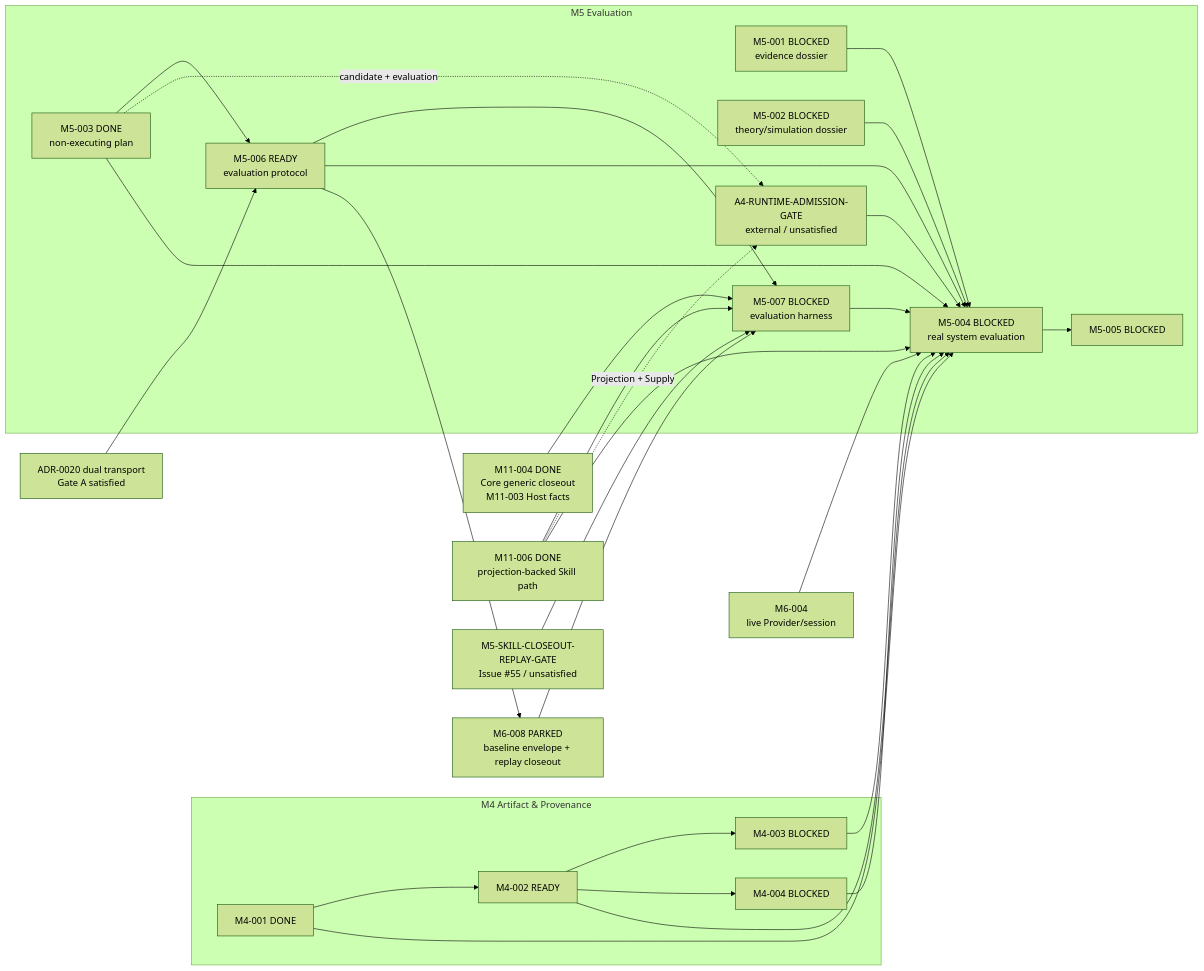
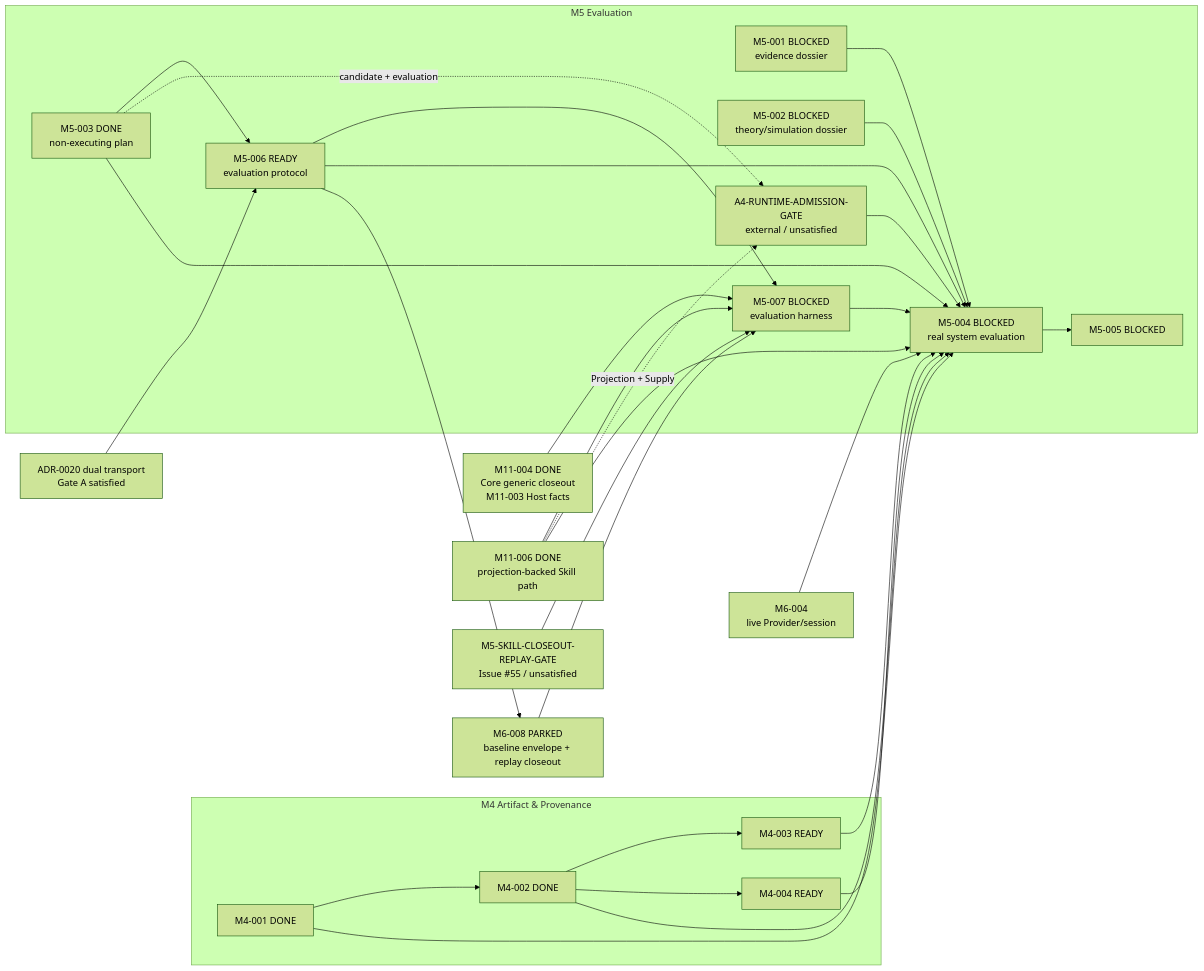
The third of 5 diagrams in docs/M_SERIES_IMPLEMENTATION_MAP.md (Chengyue-Lu/research-agent-workbench), drawn with Mermaid (forest theme) before and after one commit. The commit also changed other lines of this file and 19 other files, not shown here.

````diff
--- a/docs/M_SERIES_IMPLEMENTATION_MAP.md
+++ b/docs/M_SERIES_IMPLEMENTATION_MAP.md
@@ -92,35 +92,35 @@
 ```mermaid
 flowchart LR
     subgraph M4["M4 Artifact & Provenance"]
-        M4001["M4-001 DONE"] --> M4002["M4-002 READY"]
-        M4002 --> M4003["M4-003 BLOCKED"]
-        M4002 --> M4004["M4-004 BLOCKED"]
+        M4001["M4-001 DONE"] --> M4002["M4-002 DONE"]
+        M4002 --> M4003["M4-003 READY"]
+        M4002 --> M4004["M4-004 READY"]
     end
 
     subgraph M5["M5 Evaluation"]
         M5001["M5-001 BLOCKED<br/>evidence dossier"] --> M5004["M5-004 BLOCKED<br/>real system evaluation"]
         M5002["M5-002 BLOCKED<br/>theory/simulation dossier"] --> M5004
         M5003["M5-003 DONE<br/>non-executing plan"] --> M5006["M5-006 READY<br/>evaluation protocol"]
         M5006 --> M5007["M5-007 BLOCKED<br/>evaluation harness"]
         M5003 -. "candidate + evaluation" .-> A4G["A4-RUNTIME-ADMISSION-GATE<br/>external / unsatisfied"]
         A4G --> M5004
         M5003 --> M5004
         M5006 --> M5004
         M5007 --> M5004
         M5004 --> M5005["M5-005 BLOCKED"]
     end
 
     M4001 --> M5004
     M4002 --> M5004
     M4003 --> M5004
     M4004 --> M5004
     BTG["ADR-0020 dual transport<br/>Gate A satisfied"] --> M5006
     M5006 --> M6008["M6-008 PARKED<br/>baseline envelope + replay closeout"]
     M6008 --> M5007
     M1104["M11-004 DONE<br/>Core generic closeout<br/>M11-003 Host facts"] --> M5007
     M1106["M11-006 DONE<br/>projection-backed Skill path"] --> M5007
     SCG["M5-SKILL-CLOSEOUT-REPLAY-GATE<br/>Issue #55 / unsatisfied"] --> M5007
     M1106 -. "Projection + Supply" .-> A4G
     M1106 --> M5004
     M6004["M6-004<br/>live Provider/session"] --> M5004
 ```
````
